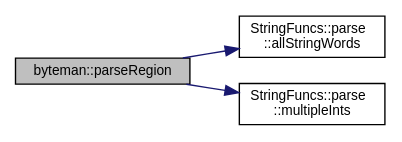
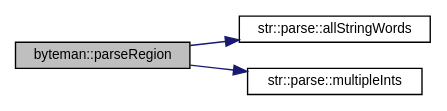
One commit to FPGA-Research-Manchester/byteman changed the diagram in classbyteman_a1455d24c97a2b5c3564201dd76df5286_cgraph.dot. Above: the diagram before and after it, drawn with Graphviz. The commit also changed 582 other files, not shown here.

```diff
--- a/classbyteman_a1455d24c97a2b5c3564201dd76df5286_cgraph.dot
+++ b/classbyteman_a1455d24c97a2b5c3564201dd76df5286_cgraph.dot
@@ -1,13 +1,13 @@
 digraph "byteman::parseRegion"
 {
  // INTERACTIVE_SVG=YES
  // LATEX_PDF_SIZE
   edge [fontname="Helvetica",fontsize="10",labelfontname="Helvetica",labelfontsize="10"];
   node [fontname="Helvetica",fontsize="10",shape=record];
   rankdir="LR";
   Node1 [label="byteman::parseRegion",height=0.2,width=0.4,color="black", fillcolor="grey75", style="filled", fontcolor="black",tooltip=" "];
   Node1 -> Node2 [color="midnightblue",fontsize="10",style="solid",fontname="Helvetica"];
-  Node2 [label="StringFuncs::parse\l::allStringWords",height=0.2,width=0.4,color="black", fillcolor="white", style="filled",URL="$namespaceStringFuncs_1_1parse.html#aca49dfabfcccdb107bf1769a2ced8d7f",tooltip=" "];
+  Node2 [label="str::parse::allStringWords",height=0.2,width=0.4,color="black", fillcolor="white", style="filled",URL="$namespacestr_1_1parse.html#a0b2fd42b74ce3f482b4f1ece5f24881e",tooltip=" "];
   Node1 -> Node3 [color="midnightblue",fontsize="10",style="solid",fontname="Helvetica"];
-  Node3 [label="StringFuncs::parse\l::multipleInts",height=0.2,width=0.4,color="black", fillcolor="white", style="filled",URL="$namespaceStringFuncs_1_1parse.html#a1fdd2658af3f1bb42e177f4171f6e616",tooltip=" "];
+  Node3 [label="str::parse::multipleInts",height=0.2,width=0.4,color="black", fillcolor="white", style="filled",URL="$namespacestr_1_1parse.html#a9f14cc7345a3fc0591a6afaf8033e6d1",tooltip=" "];
 }
```
